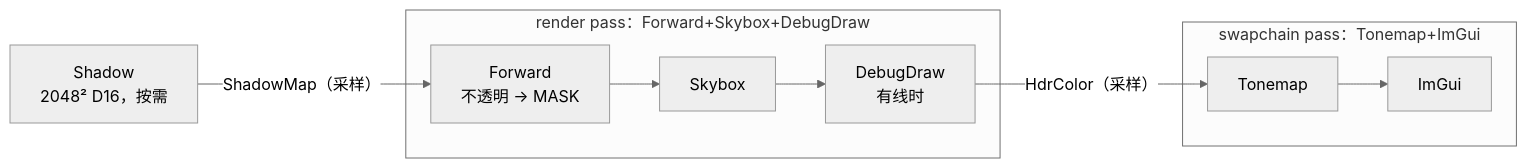
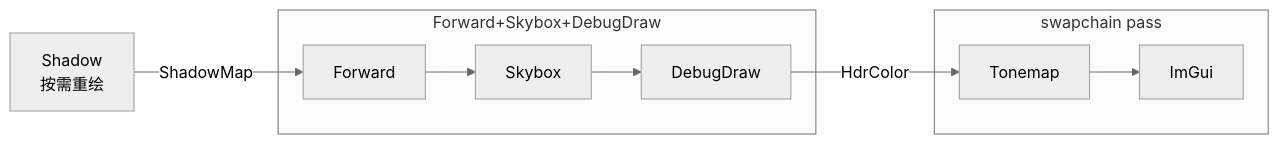
One commit to ChenJiaming5613/MEngine changed the fourth of 5 diagrams in docs/Architecture.md. Above: the diagram before and after it, drawn with Mermaid (neutral theme). The commit also changed other lines of this file and 64 other files, not shown here.

````diff
--- a/docs/Architecture.md
+++ b/docs/Architecture.md
@@ -412,11 +135,11 @@
 ```mermaid
 graph LR
-    S["Shadow<br/>2048² D16，按需"] -- ShadowMap（采样） --> F
-    subgraph RP1["render pass：Forward+Skybox+DebugDraw"]
-        F["Forward<br/>不透明 → MASK"] --> K["Skybox"] --> L["DebugDraw<br/>有线时"]
+    S["Shadow<br/>按需重绘"] -- ShadowMap --> F
+    subgraph RP1["Forward+Skybox+DebugDraw"]
+        F["Forward"] --> K["Skybox"] --> L["DebugDraw"]
     end
-    L -- HdrColor（采样） --> T
-    subgraph RP2["swapchain pass：Tonemap+ImGui"]
+    L -- HdrColor --> T
+    subgraph RP2["swapchain pass"]
         T["Tonemap"] --> G["ImGui"]
     end
 ```
````
